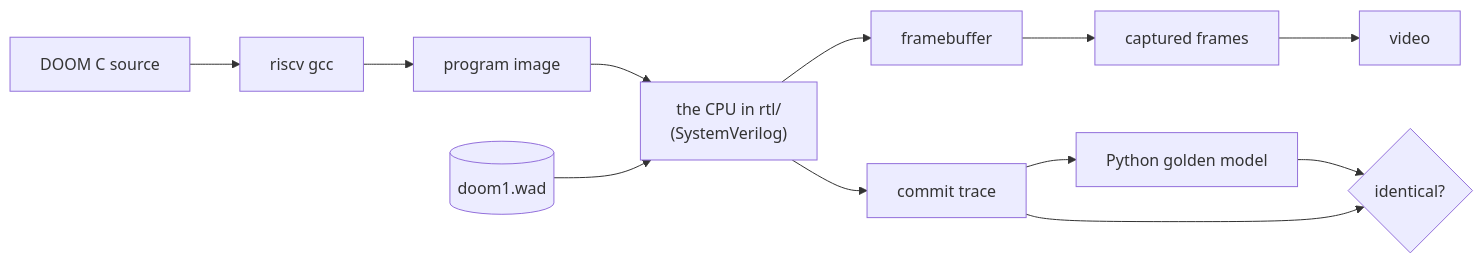
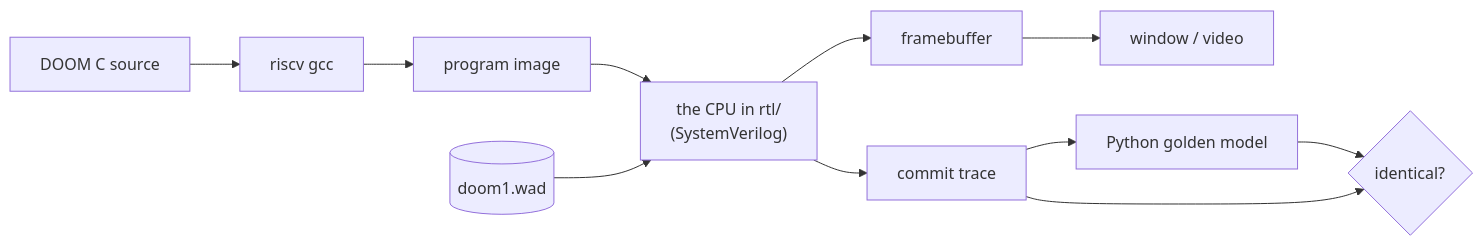
Before and after one commit to IbrahimA146/rv32im-riscv-soc: the diagram in README.md, drawn with Mermaid. The commit also changed other lines of this file and 9 other files, not shown here.

````diff
--- a/README.md
+++ b/README.md
@@ -27,10 +63,10 @@
 ```mermaid
 flowchart LR
     C[DOOM C source] --> GCC[riscv gcc] --> IMG[program image]
     IMG --> RTL["the CPU in rtl/<br/>(SystemVerilog)"]
     WAD[(doom1.wad)] --> RTL
-    RTL --> FB[framebuffer] --> PNG[captured frames] --> VID[video]
+    RTL --> FB[framebuffer] --> WIN[window / video]
     RTL --> TRACE[commit trace] --> ISS[Python golden model]
     ISS --> CHK{identical?}
     TRACE --> CHK
 ```
````
